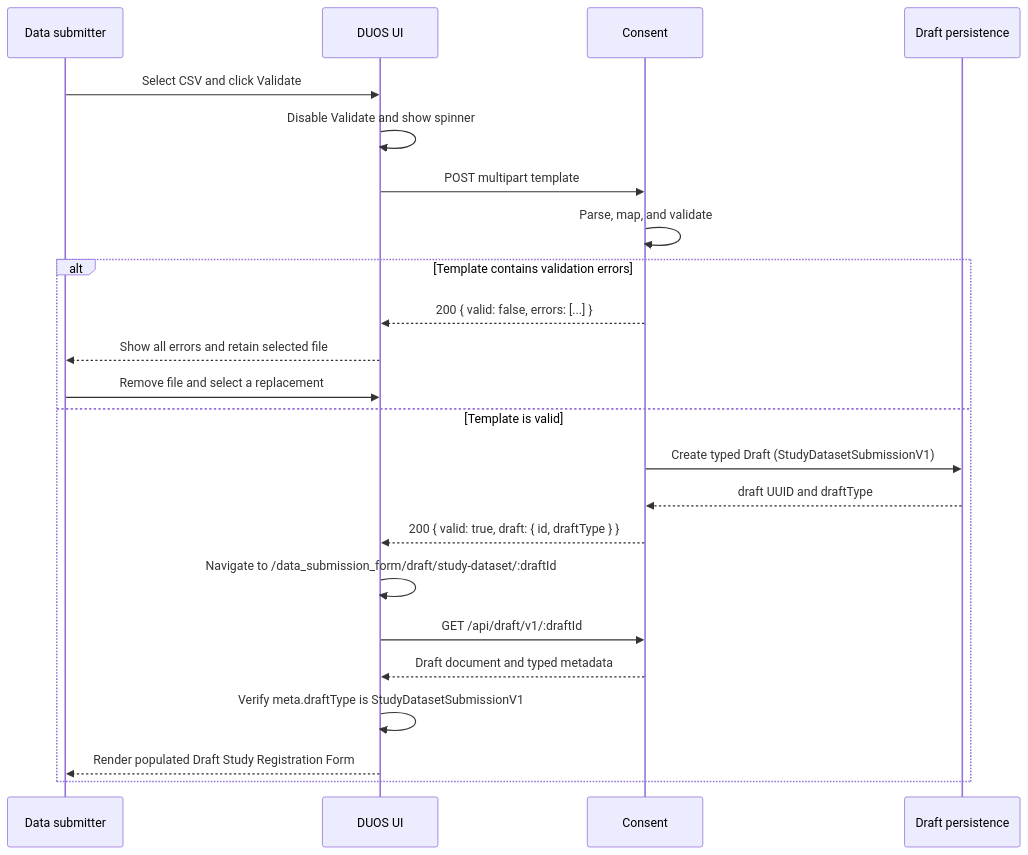
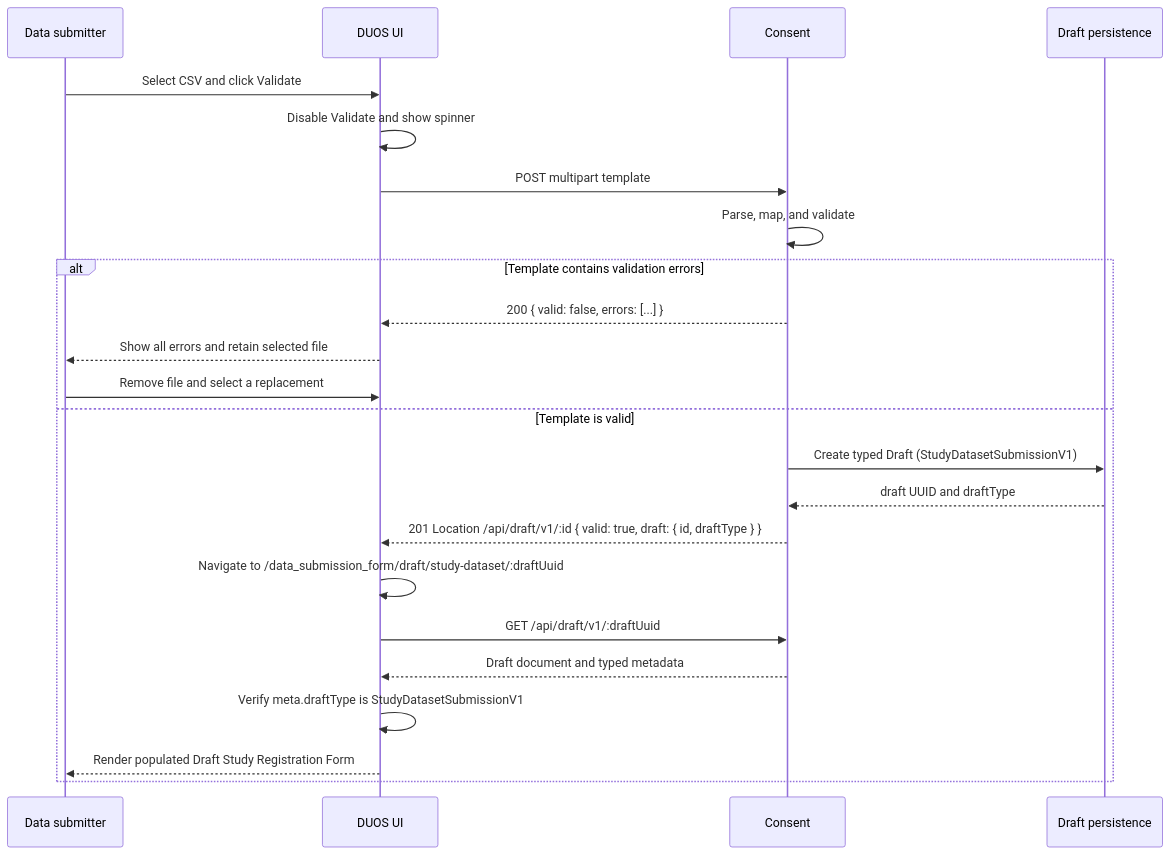
One commit to DataBiosphere/duos-ui changed the diagram in docs/plans/study-template-validation-workflow.md. Above: the diagram before and after it, drawn with Mermaid. The commit also changed other lines of this file and 28 other files, not shown here.

````diff
--- a/docs/plans/study-template-validation-workflow.md
+++ b/docs/plans/study-template-validation-workflow.md
@@ -82,27 +82,27 @@
 ```mermaid
 sequenceDiagram
     participant U as Data submitter
     participant UI as DUOS UI
     participant API as Consent
     participant DB as Draft persistence
 
     U->>UI: Select CSV and click Validate
     UI->>UI: Disable Validate and show spinner
     UI->>API: POST multipart template
     API->>API: Parse, map, and validate
 
     alt Template contains validation errors
         API-->>UI: 200 { valid: false, errors: [...] }
         UI-->>U: Show all errors and retain selected file
         U->>UI: Remove file and select a replacement
     else Template is valid
         API->>DB: Create typed Draft (StudyDatasetSubmissionV1)
         DB-->>API: draft UUID and draftType
-        API-->>UI: 200 { valid: true, draft: { id, draftType } }
-        UI->>UI: Navigate to /data_submission_form/draft/study-dataset/:draftId
-        UI->>API: GET /api/draft/v1/:draftId
+        API-->>UI: 201 Location /api/draft/v1/:id { valid: true, draft: { id, draftType } }
+        UI->>UI: Navigate to /data_submission_form/draft/study-dataset/:draftUuid
+        UI->>API: GET /api/draft/v1/:draftUuid
         API-->>UI: Draft document and typed metadata
         UI->>UI: Verify meta.draftType is StudyDatasetSubmissionV1
         UI-->>U: Render populated Draft Study Registration Form
     end
 ```
````
